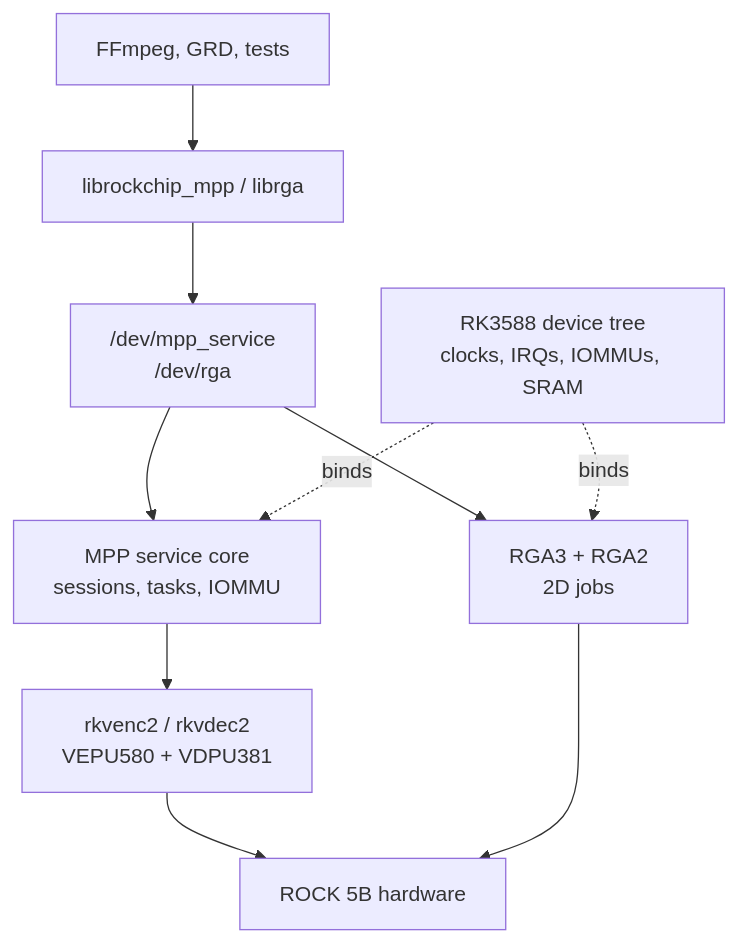
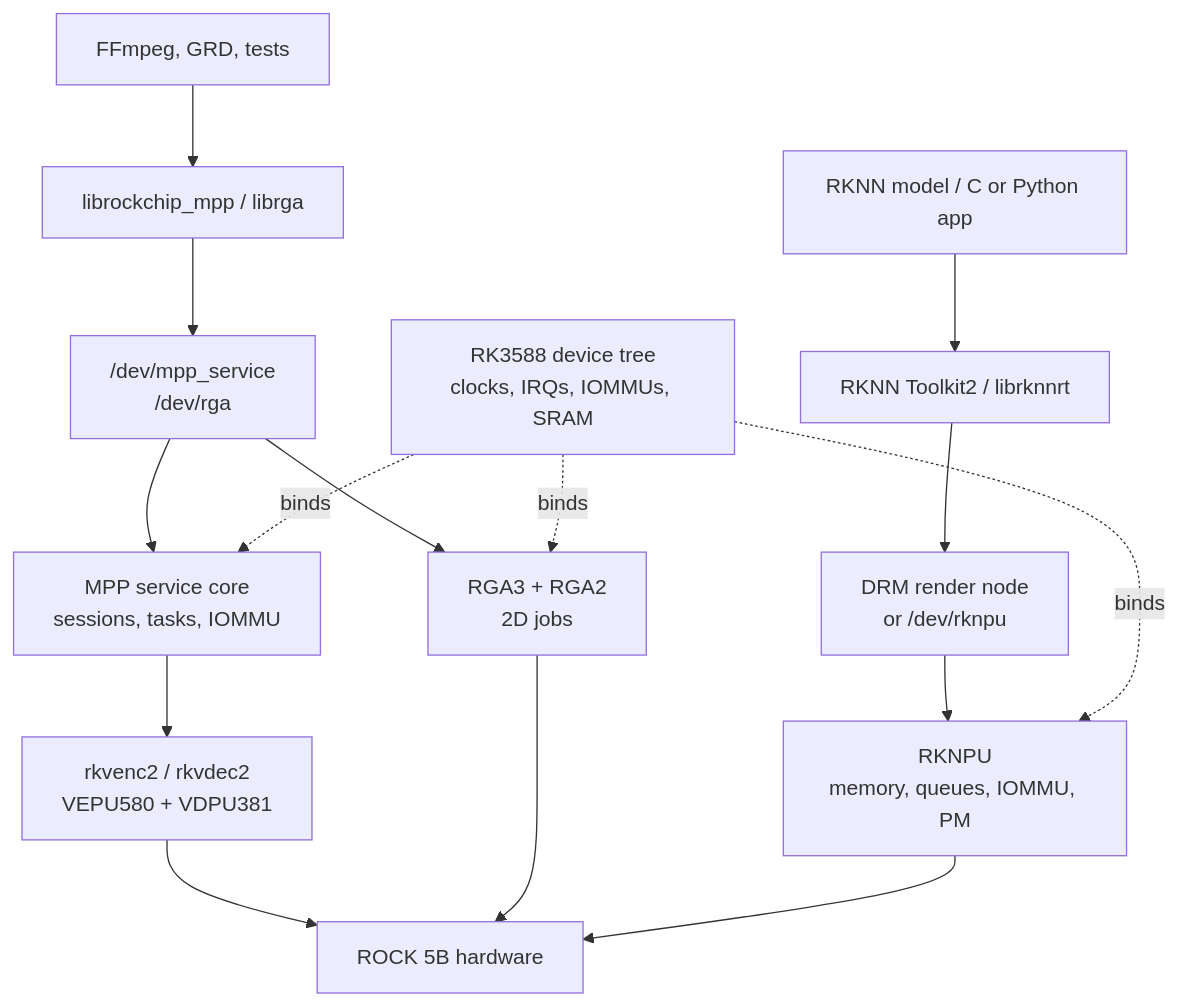
The diagram in kernel-drivers/README.md (yisding/rock-5b-ysp), drawn with Mermaid before and after one commit. The commit also changed other lines of this file and 11 other files, not shown here.

Commit message:
docs: add end-to-end RKNPU and RKNN guide

````diff
--- a/kernel-drivers/README.md
+++ b/kernel-drivers/README.md
@@ -29,17 +31,23 @@
 ```mermaid
 flowchart TB
   app["FFmpeg, GRD, tests"]
   libs["librockchip_mpp / librga"]
+  nnapp["RKNN model / C or Python app"]
+  rknn["RKNN Toolkit2 / librknnrt"]
   devs["/dev/mpp_service<br/>/dev/rga"]
+  npudev["DRM render node<br/>or /dev/rknpu"]
   service["MPP service core<br/>sessions, tasks, IOMMU"]
   codec["rkvenc2 / rkvdec2<br/>VEPU580 + VDPU381"]
   rga["RGA3 + RGA2<br/>2D jobs"]
+  npu["RKNPU<br/>memory, queues, IOMMU, PM"]
   dt["RK3588 device tree<br/>clocks, IRQs, IOMMUs, SRAM"]
   hw["ROCK 5B hardware"]
 
   app --> libs --> devs
   devs --> service --> codec --> hw
   devs --> rga --> hw
+  nnapp --> rknn --> npudev --> npu --> hw
   dt -. binds .-> service
   dt -. binds .-> rga
+  dt -. binds .-> npu
 ```
````
